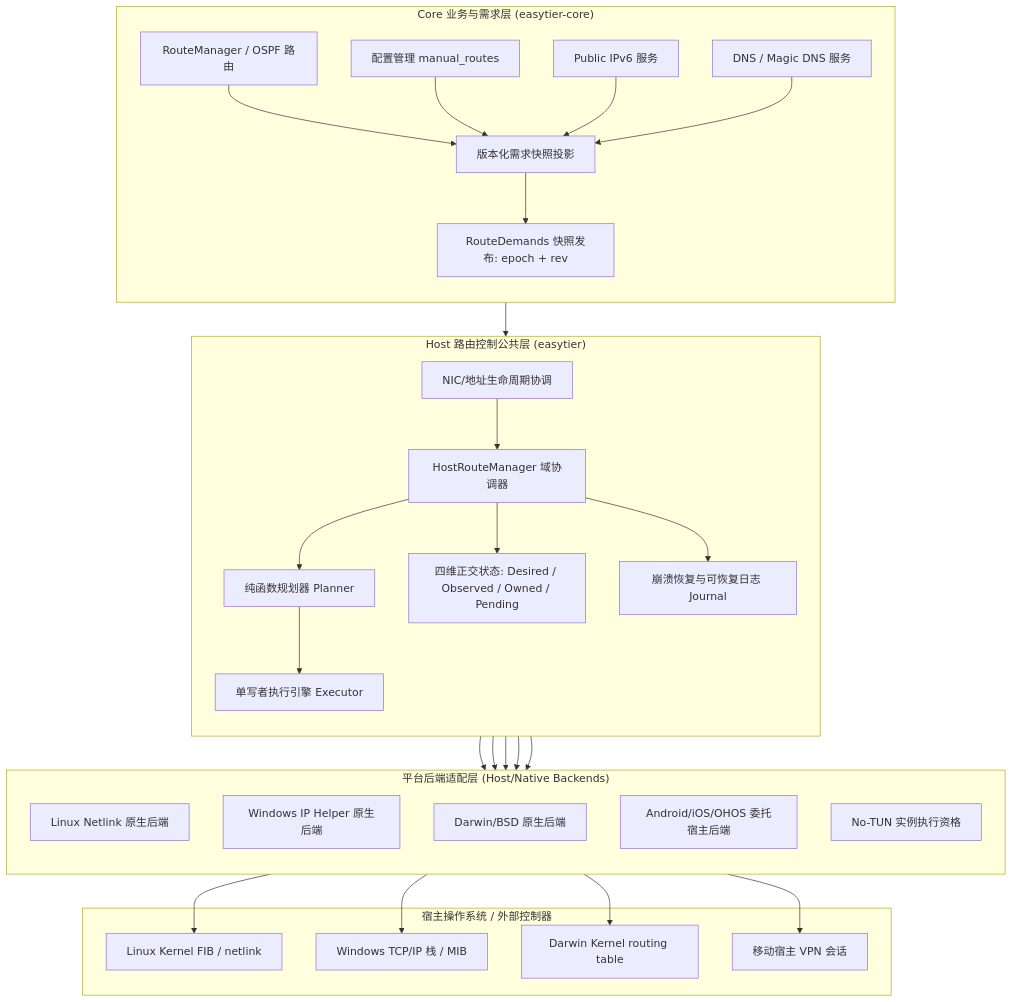
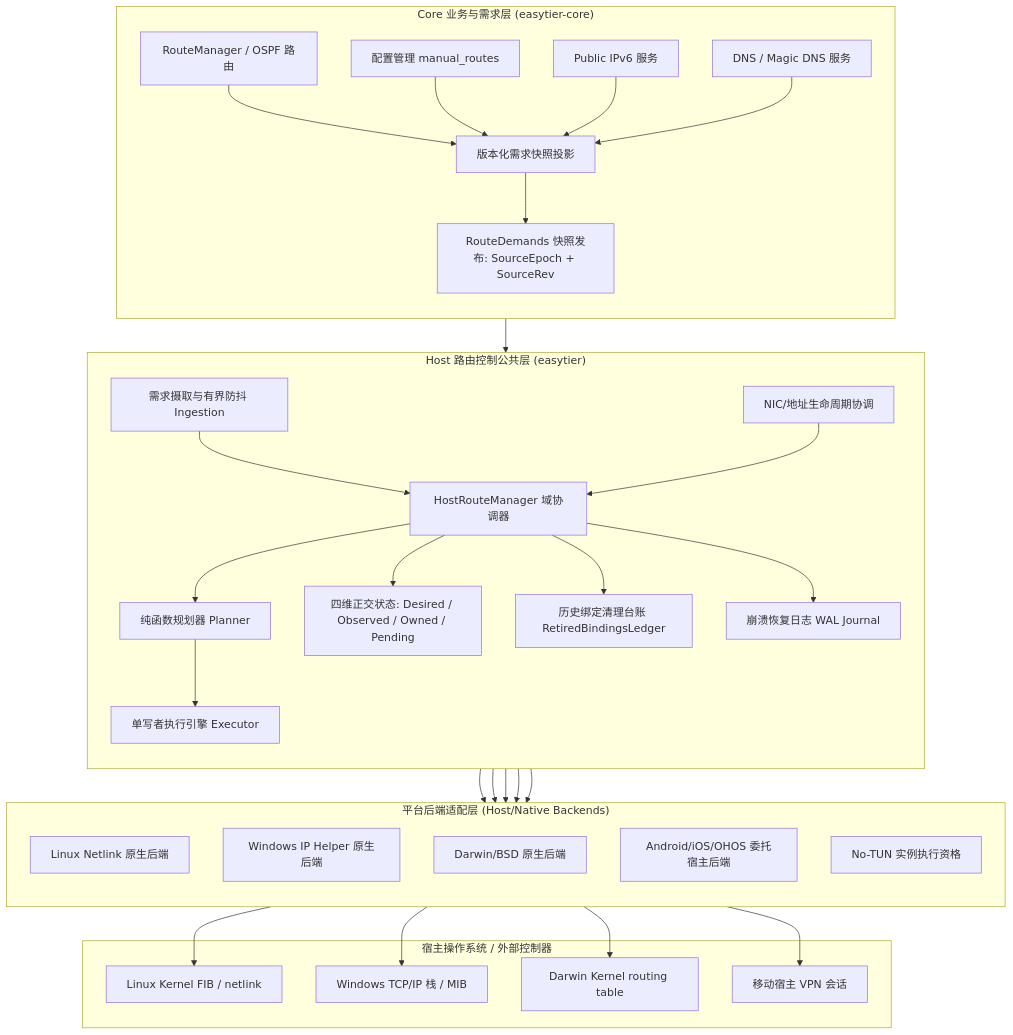
One commit to ZnqbuZ/EasyTier changed the first of 4 diagrams in docs/host-route-manager-step1-audit-and-contract.md. Above: the diagram before and after it, drawn with Mermaid. The commit also changed other lines of this file and 1 other file, not shown here.

Commit message:
HostRouteManager plan: step 1 review 2

````diff
--- a/docs/host-route-manager-step1-audit-and-contract.md
+++ b/docs/host-route-manager-step1-audit-and-contract.md
@@ -17,37 +17,39 @@
 ```mermaid
 flowchart TD
     subgraph Core ["Core 业务与需求层 (easytier-core)"]
         direction TB
         C1[RouteManager / OSPF 路由] --> RSnap[版本化需求快照投影]
         C2[配置管理 manual_routes] --> RSnap
         C3[Public IPv6 服务] --> RSnap
         C4[DNS / Magic DNS 服务] --> RSnap
-        RSnap --> Demands[RouteDemands 快照发布: epoch + rev]
+        RSnap --> Demands[RouteDemands 快照发布: SourceEpoch + SourceRev]
     end
 
     subgraph HostControl ["Host 路由控制公共层 (easytier)"]
         direction TB
-        Demands --> Coord[HostRouteManager 域协调器]
+        Demands --> Ingest[需求摄取与有界防抖 Ingestion]
+        Ingest --> Coord[HostRouteManager 域协调器]
         NICLife[NIC/地址生命周期协调] --> Coord
         Coord --> Planner[纯函数规划器 Planner]
         Coord --> FourDState[四维正交状态: Desired / Observed / Owned / Pending]
-        Coord --> Journal[崩溃恢复与可恢复日志 Journal]
+        Coord --> Ledger[历史绑定清理台账 RetiredBindingsLedger]
+        Coord --> Journal[崩溃恢复日志 WAL Journal]
         Planner --> Executor[单写者执行引擎 Executor]
     end
 
     subgraph Adapters ["平台后端适配层 (Host/Native Backends)"]
         direction TB
         Executor --> LinuxBE[Linux Netlink 原生后端]
         Executor --> WinBE[Windows IP Helper 原生后端]
         Executor --> DarwinBE[Darwin/BSD 原生后端]
         Executor --> DelegatedBE[Android/iOS/OHOS 委托宿主后端]
         Executor --> NoTunBE[No-TUN 实例执行资格]
     end
 
     subgraph OS ["宿主操作系统 / 外部控制器"]
         LinuxBE --> LKernel[Linux Kernel FIB / netlink]
         WinBE --> WKernel[Windows TCP/IP 栈 / MIB]
         DarwinBE --> DKernel[Darwin Kernel routing table]
         DelegatedBE --> MobileVPN[移动宿主 VPN 会话]
     end
 ```
````
